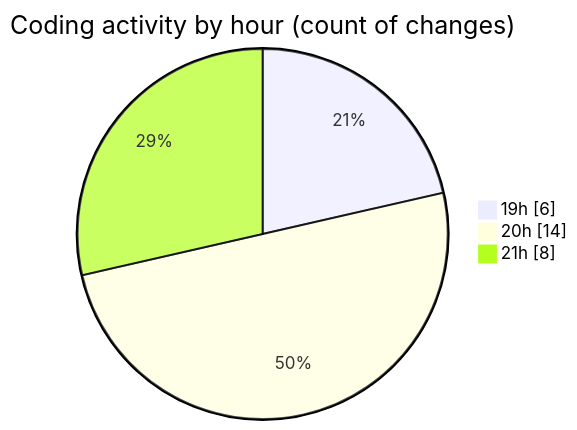
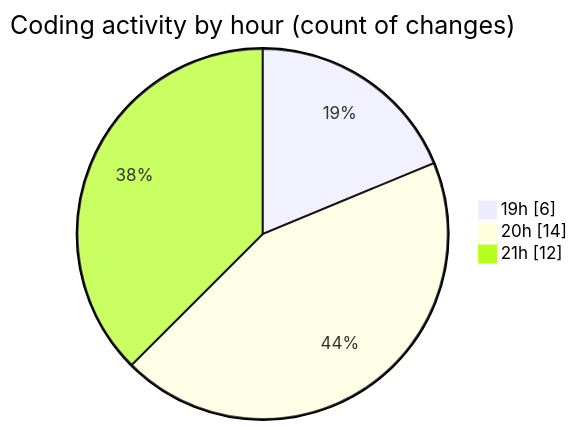
One commit to IJAZ3593/code-tracking changed the second of 2 diagrams in 2025-09-13/new_folder/README.md. Above: the diagram before and after it, drawn with Mermaid. The commit also changed other lines of this file and 1 other file, not shown here.

````diff
--- a/2025-09-13/new_folder/README.md
+++ b/2025-09-13/new_folder/README.md
@@ -35,7 +35,7 @@
 ```mermaid
 pie showData
 title Coding activity by hour (count of changes)
 "19h" : 6
 "20h" : 14
-"21h" : 8
+"21h" : 12
 ```
````
